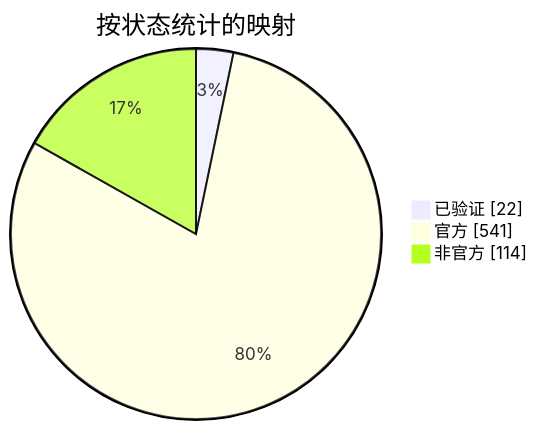
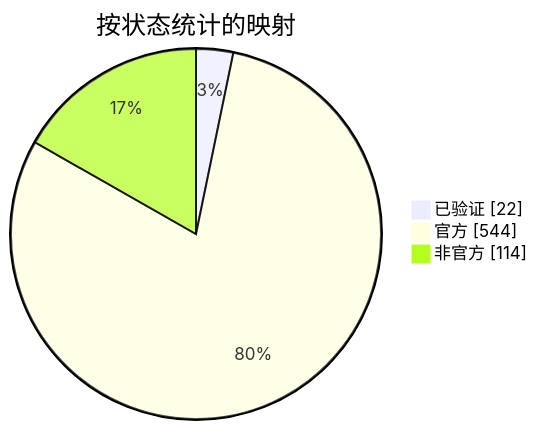
Before and after one commit to nobrega8/mbmap-library: the diagram in docs/readme/README_ZHS.md, drawn with Mermaid. The commit also changed 8 other files, not shown here.

````diff
--- a/docs/readme/README_ZHS.md
+++ b/docs/readme/README_ZHS.md
@@ -54,7 +54,7 @@
 ```mermaid
 pie showData
     title 按状态统计的映射
     "已验证" : 22
-    "官方" : 541
+    "官方" : 544
     "非官方" : 114
 ```
````
